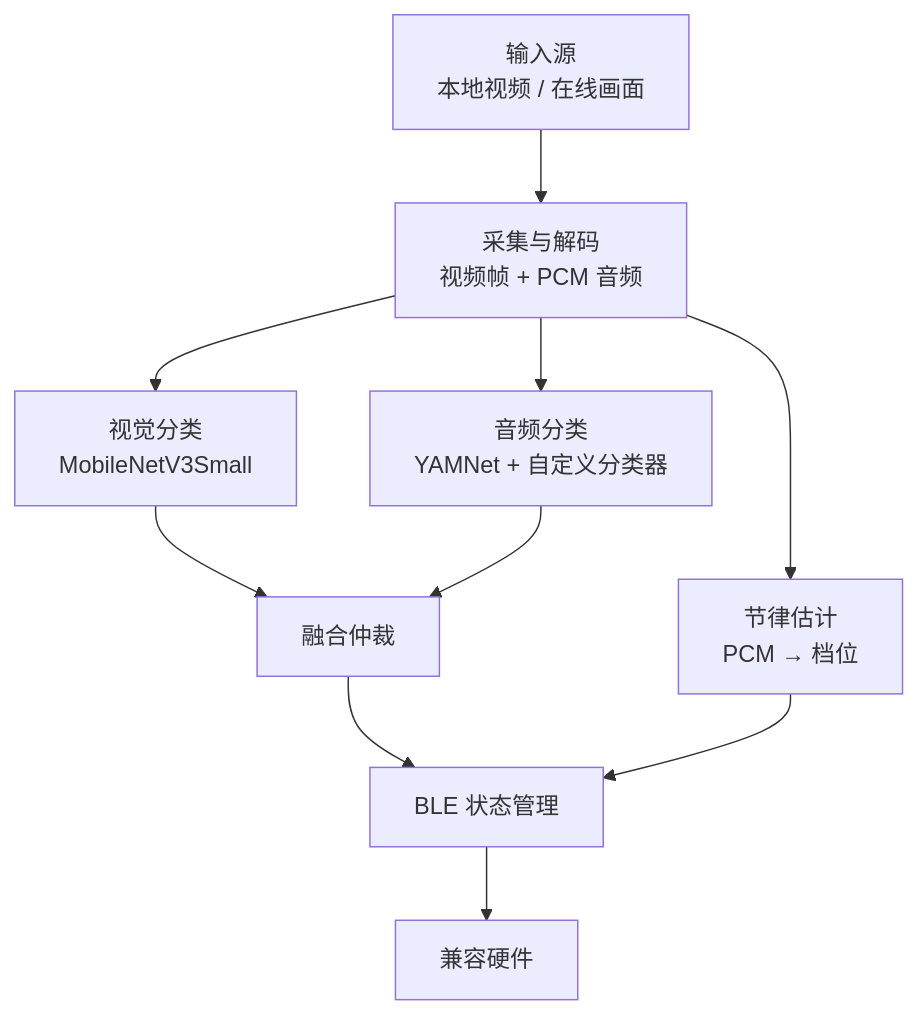
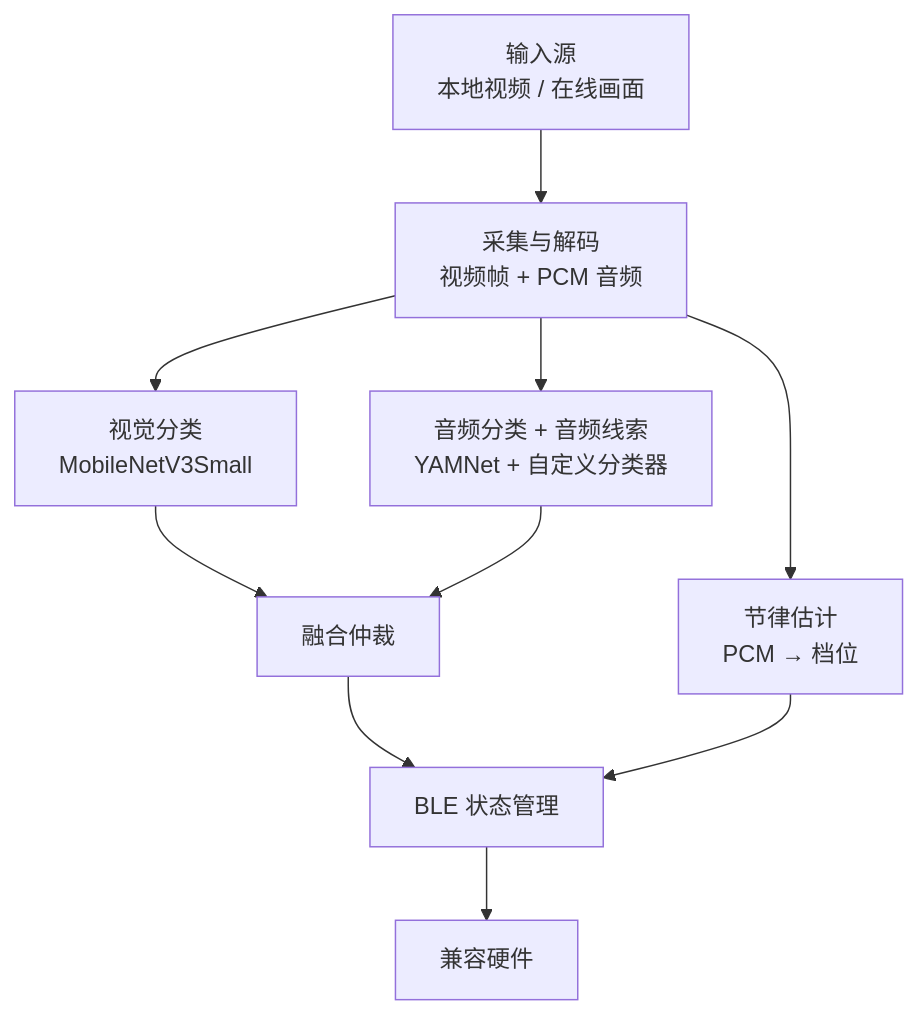
One commit to Tingfu-Zhou/Xcup-ios changed the diagram in README.md. Above: the diagram before and after it, drawn with Mermaid. The commit also changed other lines of this file and 1 other file, not shown here.

````diff
--- a/README.md
+++ b/README.md
@@ -43,12 +47,12 @@
 ```mermaid
 flowchart TB
     A["输入源<br/>本地视频 / 在线画面"] --> B["采集与解码<br/>视频帧 + PCM 音频"]
     B --> C["视觉分类<br/>MobileNetV3Small"]
-    B --> D["音频分类<br/>YAMNet + 自定义分类器"]
+    B --> D["音频分类 + 音频线索<br/>YAMNet + 自定义分类器"]
     B --> E["节律估计<br/>PCM → 档位"]
     C --> F["融合仲裁"]
     D --> F
     F --> G["BLE 状态管理"]
     E --> G
     G --> H["兼容硬件"]
 ```
````
